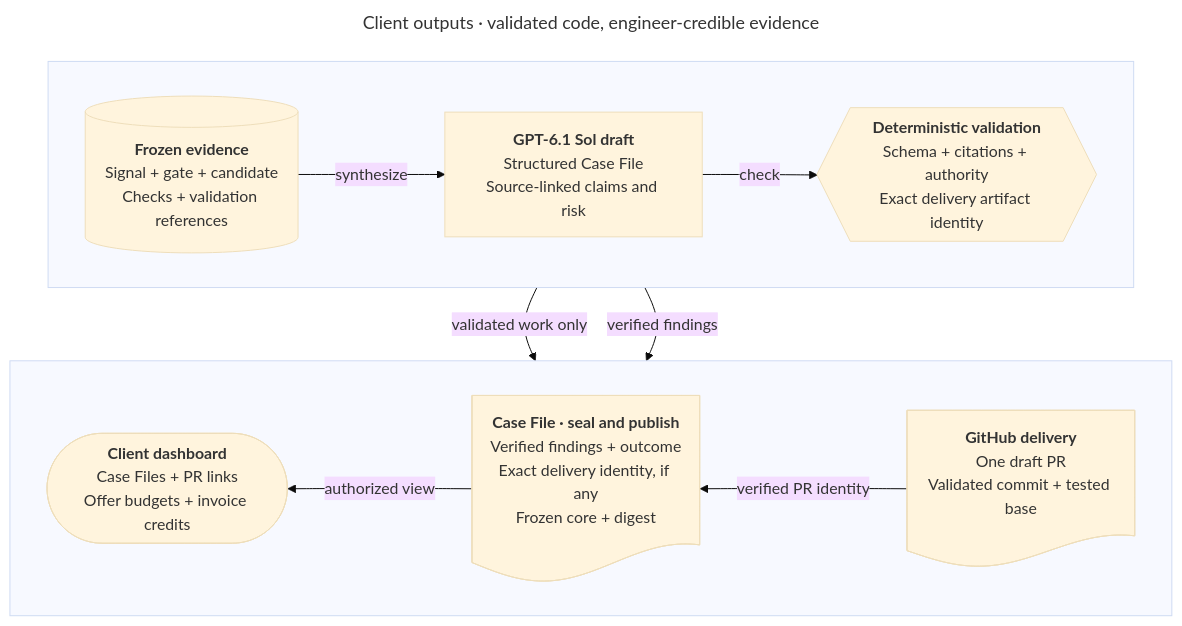
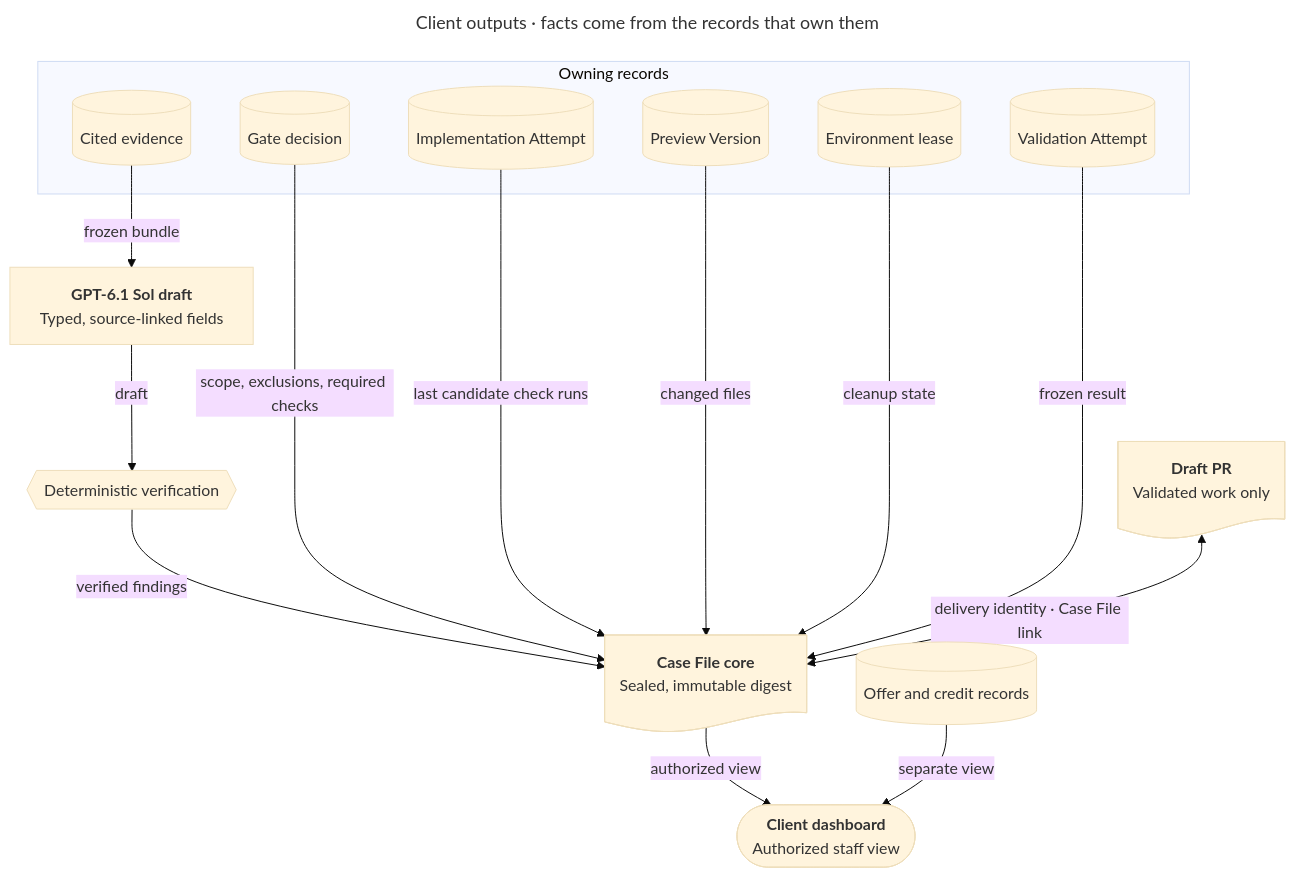
One commit to rithm84/userTrace changed the diagram in docs/diagrams/pele/client-outputs.mmd. Above: the diagram before and after it, drawn with Mermaid (base theme). The commit also changed 628 other files, not shown here.

```diff
--- a/docs/diagrams/pele/client-outputs.mmd
+++ b/docs/diagrams/pele/client-outputs.mmd
@@ -1,29 +1,33 @@
 ---
-title: Client outputs · validated code, engineer-credible evidence
+title: Client outputs · facts come from the records that own them
 ---
 flowchart TB
-  subgraph row_1 [" "]
-    direction LR
-    evidence[("`**Frozen evidence**
-    Signal + gate + candidate
-    Checks + validation references`")]:::outcome
-    draft["`**GPT-6.1 Sol draft**
-    Structured Case File
-    Source-linked claims and risk`"]:::reasoning
-    verify{{"`**Deterministic validation**
-    Schema + citations + authority
-    Exact delivery artifact identity`"}}:::gate
-    evidence -->|synthesize| draft -->|check| verify
+  subgraph owners [Owning records]
+    evidence[(Cited evidence)]:::outcome
+    gate[(Gate decision)]:::outcome
+    attempt[(Implementation Attempt)]:::outcome
+    version[(Preview Version)]:::outcome
+    lease[(Environment lease)]:::outcome
+    validation[(Validation Attempt)]:::outcome
   end
-  subgraph row_2 [" "]
-    direction RL
-    pr@{ shape: doc, label: "**GitHub delivery**<br/>One draft PR<br/>Validated commit + tested base" }
-    casefile@{ shape: doc, label: "**Case File · seal and publish**<br/>Verified findings + outcome<br/>Exact delivery identity, if any<br/>Frozen core + digest" }
-    dash(["`**Client dashboard**
-    Case Files + PR links
-    Offer budgets + invoice credits`"]):::people
-    pr -->|verified PR identity| casefile -->|authorized view| dash
-  end
-  verify -->|validated work only| pr
-  verify -->|verified findings| casefile
-  class pr,casefile outcome
+  sol["`**GPT-6.1 Sol draft**
+  Typed, source-linked fields`"]:::reasoning
+  verify{{Deterministic verification}}:::gate
+  core@{ shape: doc, label: "**Case File core**<br/>Sealed, immutable digest" }
+  pr@{ shape: doc, label: "**Draft PR**<br/>Validated work only" }
+  dash(["`**Client dashboard**
+  Authorized staff view`"]):::people
+  offers[(Offer and credit records)]:::outcome
+
+  evidence -->|frozen bundle| sol
+  sol -->|draft| verify
+  verify -->|verified findings| core
+  gate -->|scope, exclusions, required checks| core
+  attempt -->|last candidate check runs| core
+  version -->|changed files| core
+  lease -->|cleanup state| core
+  validation -->|frozen result| core
+  pr <-->|delivery identity · Case File link| core
+  core -->|authorized view| dash
+  offers -->|separate view| dash
+  class core,pr outcome
```
